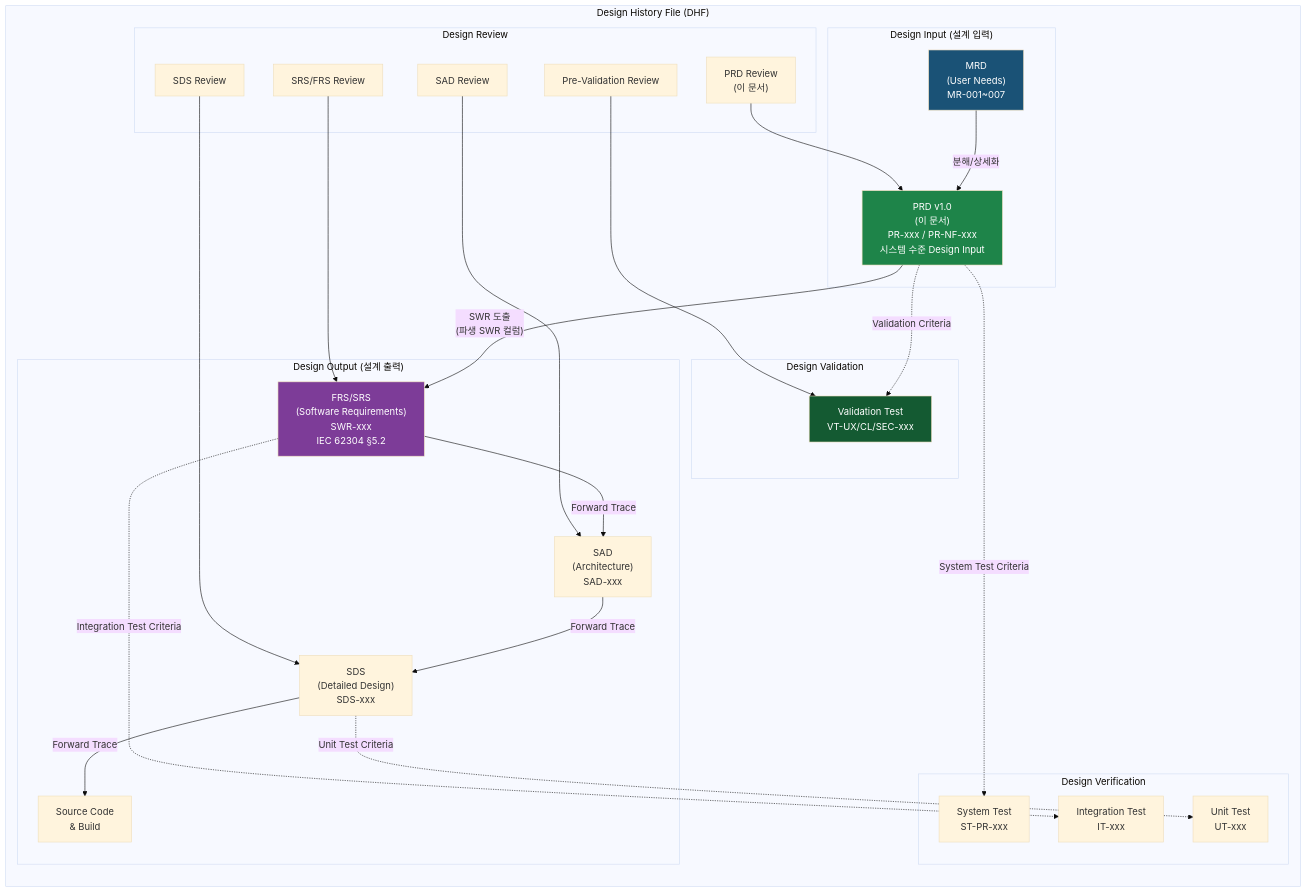
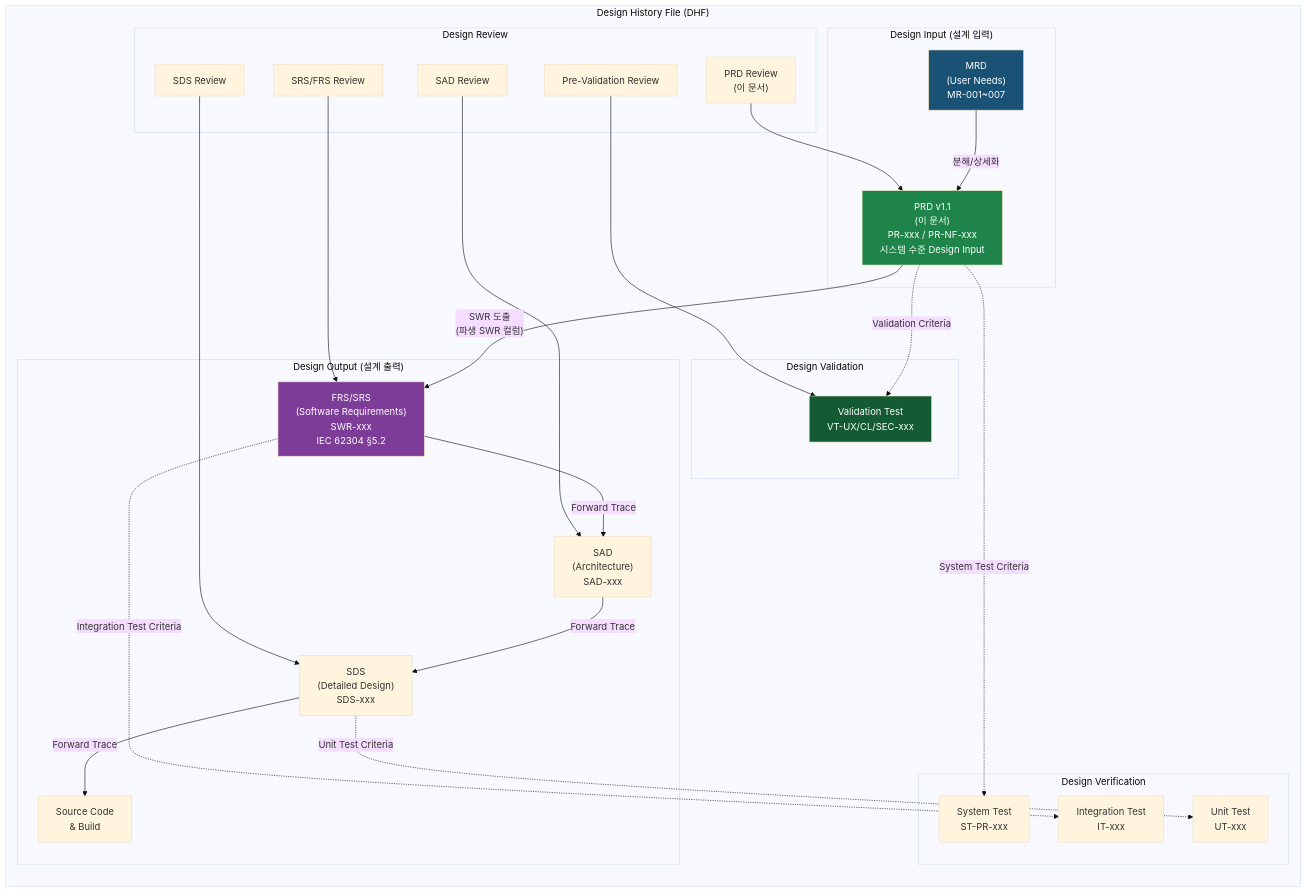
Diagram 15 of 16 in docs/planning/DOC-002_PRD_v1.0.md (holee9/console-gui), drawn with Mermaid (base theme) before and after one commit. The commit also changed other lines of this file and 2 other files, not shown here.

First line of the commit message:
Add P1-P4 priority classification to MRD/PRD and update README

````diff
--- a/docs/planning/DOC-002_PRD_v1.0.md
+++ b/docs/planning/DOC-002_PRD_v1.0.md
@@ -1339,57 +1357,57 @@
 ```mermaid
 flowchart LR
     subgraph DHF["Design History File (DHF)"]
         subgraph DI["Design Input (설계 입력)"]
             MRD["MRD\n(User Needs)\nMR-001~007"]
-            PRD_DOC["PRD v1.0\n(이 문서)\nPR-xxx / PR-NF-xxx\n시스템 수준 Design Input"]
+            PRD_DOC["PRD v1.1\n(이 문서)\nPR-xxx / PR-NF-xxx\n시스템 수준 Design Input"]
         end
 
         subgraph DO["Design Output (설계 출력)"]
             FRS["FRS/SRS\n(Software Requirements)\nSWR-xxx\nIEC 62304 §5.2"]
             SAD["SAD\n(Architecture)\nSAD-xxx"]
             SDS["SDS\n(Detailed Design)\nSDS-xxx"]
             CODE["Source Code\n& Build"]
         end
 
         subgraph DV["Design Verification"]
             UT["Unit Test\nUT-xxx"]
             IT["Integration Test\nIT-xxx"]
             ST["System Test\nST-PR-xxx"]
         end
 
         subgraph DVA["Design Validation"]
             VT["Validation Test\nVT-UX/CL/SEC-xxx"]
         end
 
         subgraph DR["Design Review"]
             DR1["PRD Review\n(이 문서)"]
             DR2["SRS/FRS Review"]
             DR3["SAD Review"]
             DR4["SDS Review"]
             DR5["Pre-Validation Review"]
         end
     end
 
     MRD -->|"분해/상세화"| PRD_DOC
     PRD_DOC -->|"SWR 도출\n(파생 SWR 컬럼)"| FRS
     FRS -->|"Forward Trace"| SAD
     SAD -->|"Forward Trace"| SDS
     SDS -->|"Forward Trace"| CODE
 
     PRD_DOC -.->|"System Test Criteria"| ST
     FRS -.->|"Integration Test Criteria"| IT
     SDS -.->|"Unit Test Criteria"| UT
 
     PRD_DOC -.->|"Validation Criteria"| VT
 
     DR1 --> PRD_DOC
     DR2 --> FRS
     DR3 --> SAD
     DR4 --> SDS
     DR5 --> VT
 
     style PRD_DOC fill:#1e8449,color:#fff
     style MRD fill:#1a5276,color:#fff
     style FRS fill:#7d3c98,color:#fff
     style VT fill:#145a32,color:#fff
 ```
````
